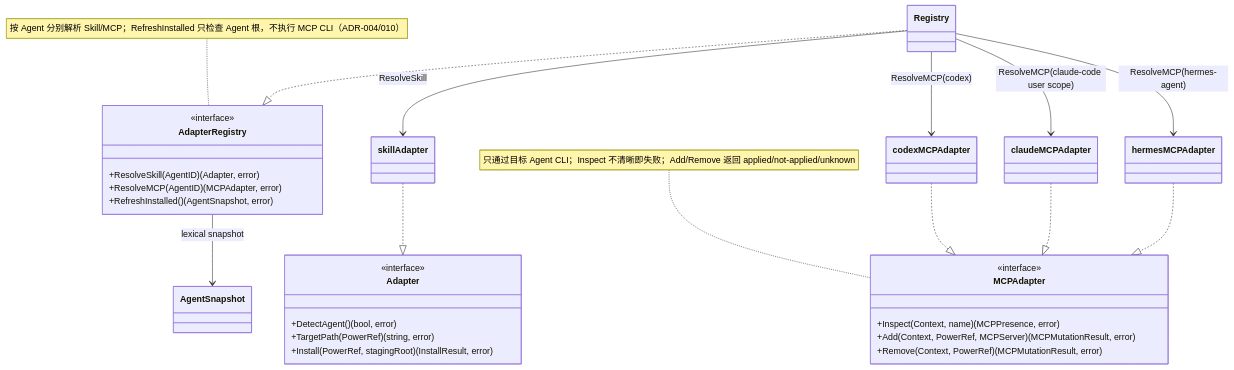
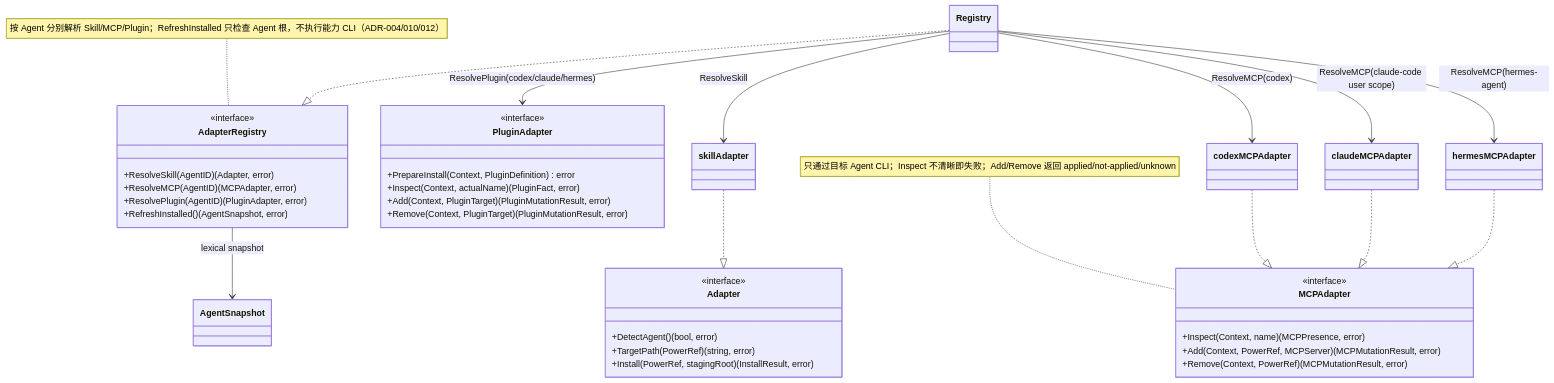
The diagram in ivory-tower/c4/components/apm-cli-diagrams/adapter-registry.mmd (spacemit-com/agent-power-manager), drawn with Mermaid before and after one commit. The commit also changed 15 other files, not shown here.

Commit message:
docs(plugin): record lifecycle architecture

```diff
--- a/ivory-tower/c4/components/apm-cli-diagrams/adapter-registry.mmd
+++ b/ivory-tower/c4/components/apm-cli-diagrams/adapter-registry.mmd
@@ -1,38 +1,47 @@
 classDiagram
-    note for AdapterRegistry "按 Agent 分别解析 Skill/MCP；RefreshInstalled 只检查 Agent 根，不执行 MCP CLI（ADR-004/010）"
+    note for AdapterRegistry "按 Agent 分别解析 Skill/MCP/Plugin；RefreshInstalled 只检查 Agent 根，不执行能力 CLI（ADR-004/010/012）"
     class AdapterRegistry {
         <<interface>>
         +ResolveSkill(AgentID) (Adapter, error)
         +ResolveMCP(AgentID) (MCPAdapter, error)
+        +ResolvePlugin(AgentID) (PluginAdapter, error)
         +RefreshInstalled() (AgentSnapshot, error)
     }
     class Adapter {
         <<interface>>
         +DetectAgent() (bool, error)
         +TargetPath(PowerRef) (string, error)
         +Install(PowerRef, stagingRoot) (InstallResult, error)
     }
     note for MCPAdapter "只通过目标 Agent CLI；Inspect 不清晰即失败；Add/Remove 返回 applied/not-applied/unknown"
     class MCPAdapter {
         <<interface>>
         +Inspect(Context, name) (MCPPresence, error)
         +Add(Context, PowerRef, MCPServer) (MCPMutationResult, error)
         +Remove(Context, PowerRef) (MCPMutationResult, error)
     }
     class Registry
+    class PluginAdapter {
+        <<interface>>
+        +PrepareInstall(Context, PluginDefinition) error
+        +Inspect(Context, actualName) (PluginFact, error)
+        +Add(Context, PluginTarget) (PluginMutationResult, error)
+        +Remove(Context, PluginTarget) (PluginMutationResult, error)
+    }
     class skillAdapter
     class codexMCPAdapter
     class claudeMCPAdapter
     class hermesMCPAdapter
     class AgentSnapshot
 
     Registry ..|> AdapterRegistry
     Registry --> skillAdapter : ResolveSkill
     Registry --> codexMCPAdapter : ResolveMCP(codex)
     Registry --> claudeMCPAdapter : ResolveMCP(claude-code user scope)
     Registry --> hermesMCPAdapter : ResolveMCP(hermes-agent)
+    Registry --> PluginAdapter : ResolvePlugin(codex/claude/hermes)
     skillAdapter ..|> Adapter
     codexMCPAdapter ..|> MCPAdapter
     claudeMCPAdapter ..|> MCPAdapter
     hermesMCPAdapter ..|> MCPAdapter
     AdapterRegistry --> AgentSnapshot : lexical snapshot
```
